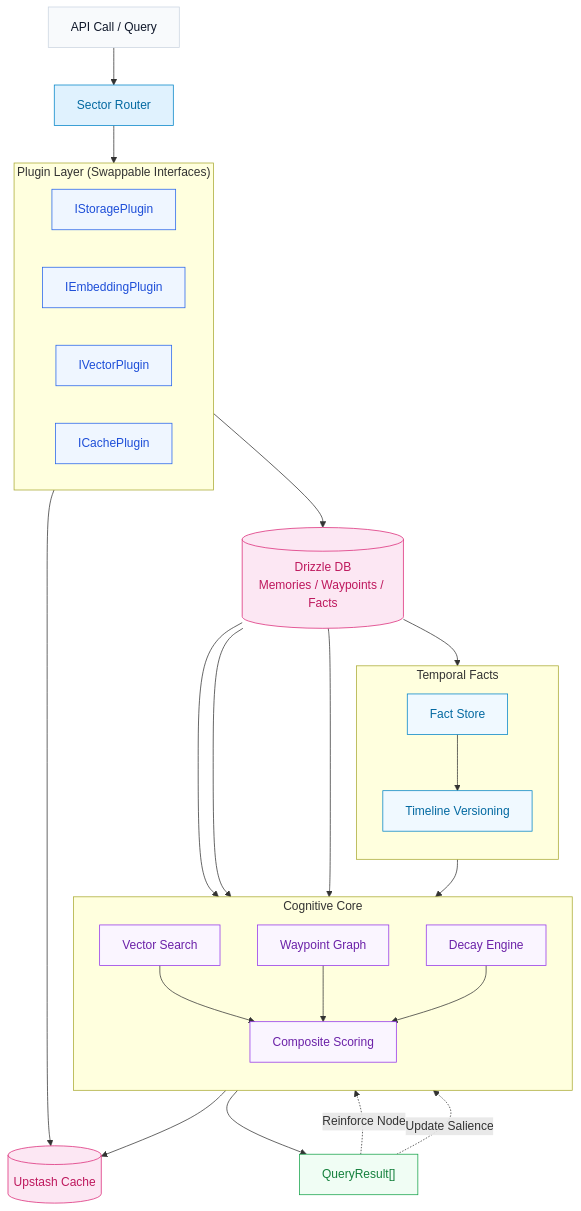
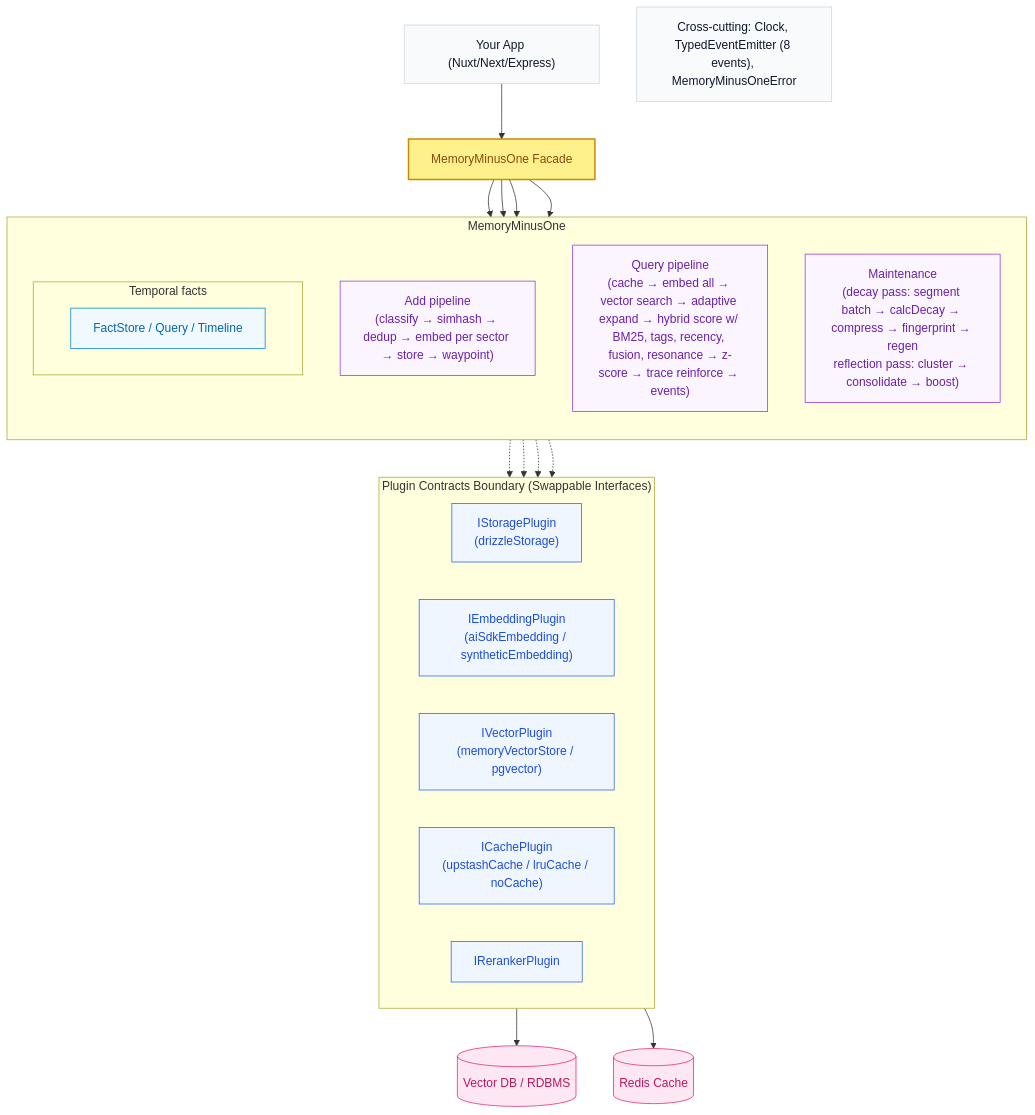
The diagram in README.md (NormVg/MemoryMinusOne), drawn with Mermaid before and after one commit. The commit also changed other lines of this file and 670 other files, not shown here.

````diff
--- a/README.md
+++ b/README.md
@@ -95,57 +85,51 @@
 ```mermaid
 flowchart TD
     %% Styling Classes
     classDef input fill:#f8fafc,stroke:#cbd5e1,stroke-width:1px,color:#0f172a;
     classDef router fill:#e0f2fe,stroke:#0284c7,stroke-width:1px,color:#0369a1;
     classDef db fill:#fce7f3,stroke:#db2777,stroke-width:1px,color:#be185d;
     classDef engine fill:#faf5ff,stroke:#9333ea,stroke-width:1px,color:#6b21a8;
     classDef facts fill:#f0f9ff,stroke:#0284c7,stroke-width:1px,color:#0369a1;
     classDef plugin fill:#eff6ff,stroke:#2563eb,stroke-width:1px,color:#1d4ed8;
     classDef outputNode fill:#f0fdf4,stroke:#16a34a,stroke-width:1px,color:#15803d;
+    classDef facade fill:#fef08a,stroke:#ca8a04,stroke-width:2px,color:#854d0e;
 
-    Input["API Call / Query"]:::input --> Sectors["Sector Router"]:::router
+    Input["Your App (Nuxt/Next/Express)"]:::input --> Facade["MemoryMinusOne Facade"]:::facade
 
-    subgraph CoreEngine ["Cognitive Core"]
+    subgraph FacadeLayer ["MemoryMinusOne"]
         direction TD
-        VReq["Vector Search"]:::engine
-        WaypointGraph["Waypoint Graph"]:::engine
-        Decay["Decay Engine"]:::engine
-        Scoring["Composite Scoring"]:::engine
+        
+        AddPipe["Add pipeline<br/>(classify → simhash → dedup → embed per sector → store → waypoint)"]:::engine
+        QueryPipe["Query pipeline<br/>(cache → embed all → vector search → adaptive expand → hybrid score w/ BM25, tags, recency, fusion, resonance → z-score → trace reinforce → events)"]:::engine
+        Maintenance["Maintenance<br/>(decay pass: segment batch → calcDecay → compress → fingerprint → regen<br/>reflection pass: cluster → consolidate → boost)"]:::engine
+        
+        subgraph TemporalFacts ["Temporal facts"]
+            FactStore["FactStore / Query / Timeline"]:::facts
+        end
+    end
+    
+    Facade --> AddPipe
+    Facade --> QueryPipe
+    Facade --> Maintenance
+    Facade --> TemporalFacts
+
+    %% Plugin Boundary Layer
+    subgraph PluginBoundary ["Plugin Contracts Boundary (Swappable Interfaces)"]
+        direction LR
+        IStore["IStoragePlugin<br/>(drizzleStorage)"]:::plugin
+        IEmbed["IEmbeddingPlugin<br/>(aiSdkEmbedding / syntheticEmbedding)"]:::plugin
+        IVec["IVectorPlugin<br/>(memoryVectorStore / pgvector)"]:::plugin
+        ICache["ICachePlugin<br/>(upstashCache / lruCache / noCache)"]:::plugin
+        IRerank["IRerankerPlugin"]:::plugin
     end
 
-    subgraph TemporalSystem ["Temporal Facts"]
-        direction TD
-        Facts["Fact Store"]:::facts
-        Timeline["Timeline Versioning"]:::facts
-    end
+    AddPipe -.-> PluginBoundary
+    QueryPipe -.-> PluginBoundary
+    Maintenance -.-> PluginBoundary
+    TemporalFacts -.-> PluginBoundary
 
-    subgraph PluginLayer ["Plugin Layer (Swappable Interfaces)"]
-        direction LR
-        IStore["IStoragePlugin"]:::plugin
-        IEmbed["IEmbeddingPlugin"]:::plugin
-        IVec["IVectorPlugin"]:::plugin
-        ICache["ICachePlugin"]:::plugin
-    end
-
-    Sectors --> IEmbed
-    IEmbed --> DB[(Drizzle DB<br/>Memories / Waypoints / Facts)]:::db
-    IEmbed --> Cache[(Upstash Cache)]:::db
-
-    DB --> VReq
-    DB --> WaypointGraph
-    DB --> Decay
-    DB --> Facts
-
-    Facts --> Timeline
-
-    VReq --> Scoring
-    WaypointGraph --> Scoring
-    Decay --> Scoring
-    Timeline --> Scoring
-
-    Scoring --> Cache
-    Scoring --> Result["QueryResult[]"]:::outputNode
-
-    Result -.->|Reinforce Node| WaypointGraph
-    Result -.->|Update Salience| Decay
+    PluginBoundary --> DB[(Vector DB / RDBMS)]:::db
+    PluginBoundary --> Cache[(Redis Cache)]:::db
+    
+    CrossCutting["Cross-cutting: Clock, TypedEventEmitter (8 events), MemoryMinusOneError"]:::input
 ```
````
